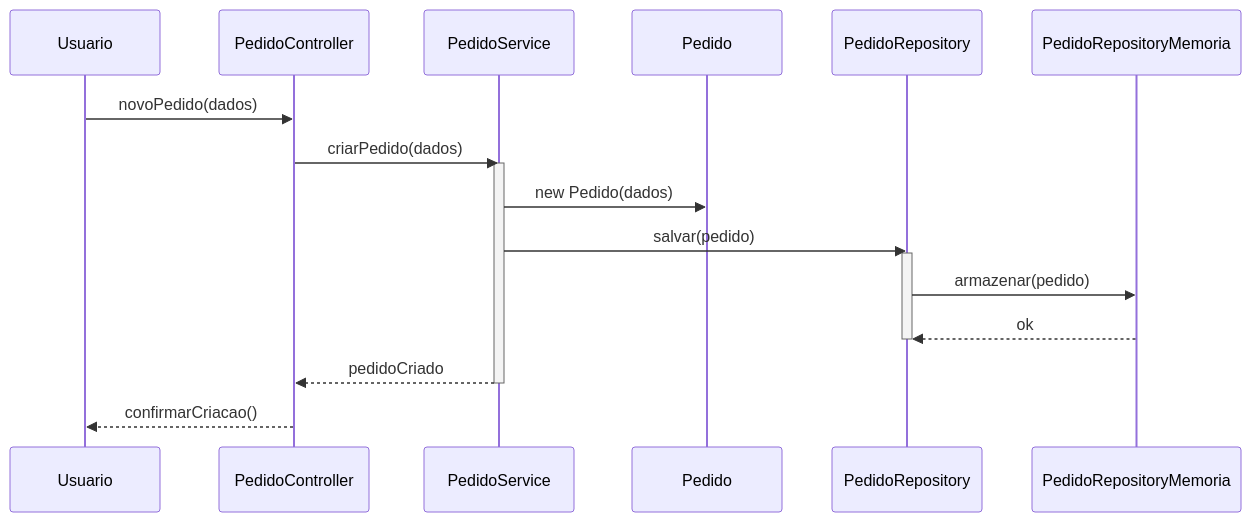
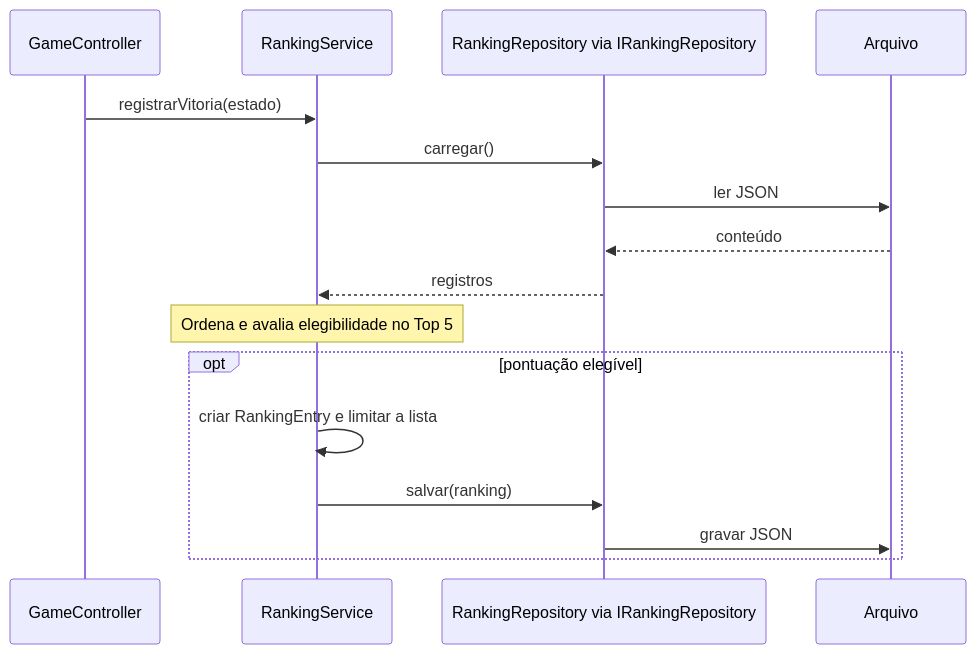
The diagram in apostilas-grasp/diagrams/low-coupling-sequence.mmd (marcelobezerra-dotcom/grasp-tutorial), drawn with Mermaid before and after one commit. The commit also changed 70 other files, not shown here.

```diff
--- a/apostilas-grasp/diagrams/low-coupling-sequence.mmd
+++ b/apostilas-grasp/diagrams/low-coupling-sequence.mmd
@@ -1,21 +1,16 @@
 sequenceDiagram
-  participant Usuario
-  participant PedidoController
-  participant PedidoService
-  participant Pedido
-  participant PedidoRepository
-  participant PedidoRepositoryMemoria
-
-  Usuario->>PedidoController: novoPedido(dados)
-  PedidoController->>PedidoService: criarPedido(dados)
-  activate PedidoService
-  PedidoService->>Pedido: new Pedido(dados)
-  activate Pedido
-  PedidoService->>PedidoRepository: salvar(pedido)
-  activate PedidoRepository
-  PedidoRepository->>PedidoRepositoryMemoria: armazenar(pedido)
-  PedidoRepositoryMemoria-->>PedidoRepository: ok
-  deactivate PedidoRepository
-  PedidoService-->>PedidoController: pedidoCriado
-  deactivate PedidoService
-  PedidoController-->>Usuario: confirmarCriacao()
+    participant GameController
+    participant RankingService
+    participant Repositorio as RankingRepository via IRankingRepository
+    participant Arquivo
+    GameController->>RankingService: registrarVitoria(estado)
+    RankingService->>Repositorio: carregar()
+    Repositorio->>Arquivo: ler JSON
+    Arquivo-->>Repositorio: conteúdo
+    Repositorio-->>RankingService: registros
+    Note over RankingService: Ordena e avalia elegibilidade no Top 5
+    opt pontuação elegível
+        RankingService->>RankingService: criar RankingEntry e limitar a lista
+        RankingService->>Repositorio: salvar(ranking)
+        Repositorio->>Arquivo: gravar JSON
+    end
```
